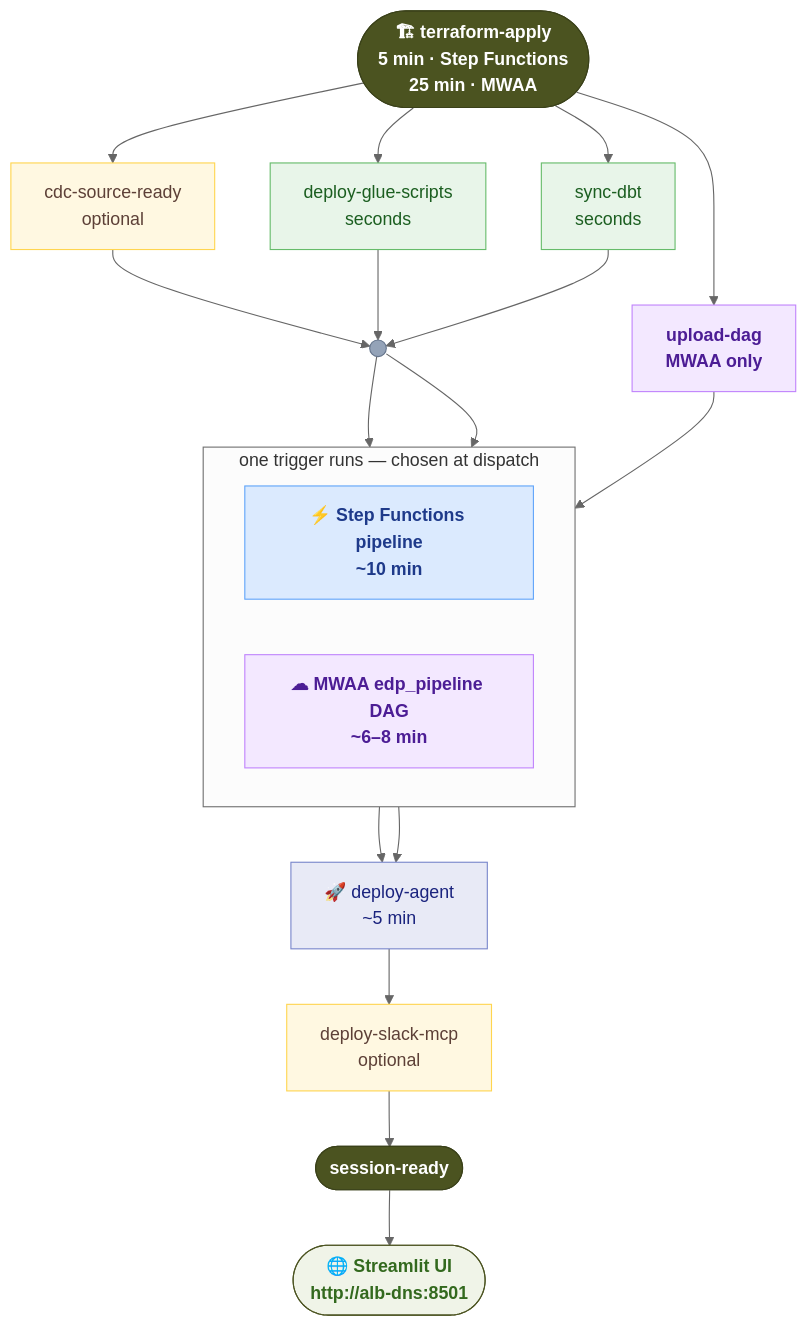
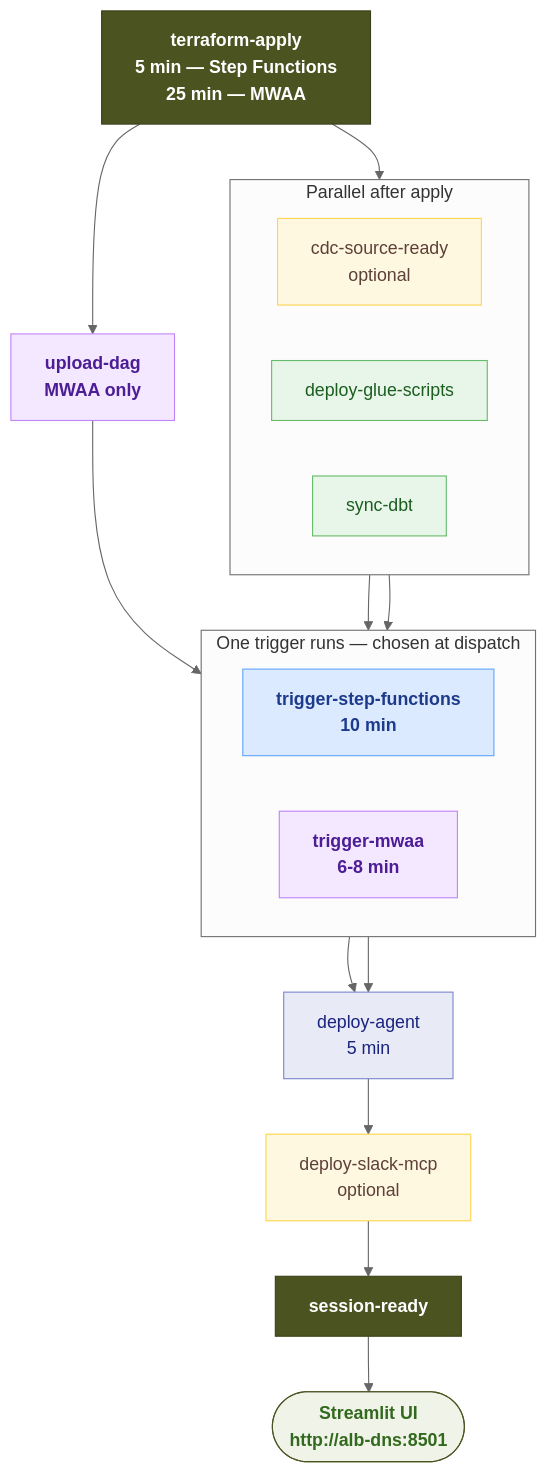
Before and after one commit to enterprise-data-platform-emeka/platform-session-orchestrator: the second of 4 diagrams in README.md, drawn with Mermaid (neutral theme).

Commit message:
docs: remove emojis from diagram, use subgraph boundaries to eliminate crossing arrows

````diff
--- a/README.md
+++ b/README.md
@@ -31,36 +31,41 @@
 ```mermaid
 flowchart TD
-    TF(["🏗 terraform-apply\n5 min · Step Functions\n25 min · MWAA"]):::infra
+    TF["terraform-apply\n5 min — Step Functions\n25 min — MWAA"]:::infra
 
-    TF --> CDC["cdc-source-ready\noptional"]:::opt
-    TF --> GLUE["deploy-glue-scripts\nseconds"]:::fast
-    TF --> DBT["sync-dbt\nseconds"]:::fast
-    TF --> DAG["upload-dag\nMWAA only"]:::mwaanode
+    subgraph PREP["Parallel after apply"]
+        direction LR
+        CDC["cdc-source-ready\noptional"]:::opt
+        GLUE["deploy-glue-scripts"]:::fast
+        DBT["sync-dbt"]:::fast
+    end
+    DAG["upload-dag\nMWAA only"]:::mwaanode
 
-    CDC & GLUE & DBT --> GATE(( )):::gate
+    TF --> PREP
+    TF --> DAG
 
-    subgraph CHOICE["one trigger runs — chosen at dispatch"]
+    subgraph CHOICE["One trigger runs — chosen at dispatch"]
         direction LR
-        SFN["⚡ Step Functions pipeline\n~10 min"]:::sfn
-        MWAA_T["☁ MWAA edp_pipeline DAG\n~6–8 min"]:::mwaanode
+        SFN["trigger-step-functions\n10 min"]:::sfn
+        MWAA_T["trigger-mwaa\n6-8 min"]:::mwaanode
     end
 
-    GATE --> SFN
-    GATE --> MWAA_T
+    PREP --> SFN
+    PREP --> MWAA_T
     DAG --> MWAA_T
 
-    SFN & MWAA_T --> AGENT["🚀 deploy-agent\n~5 min"]:::deploy
+    SFN --> AGENT["deploy-agent\n5 min"]:::deploy
+    MWAA_T --> AGENT
+
     AGENT --> SLACK["deploy-slack-mcp\noptional"]:::opt
-    SLACK --> READY(["session-ready"]):::ready
-    READY --> UI(["🌐 Streamlit UI\nhttp://alb-dns:8501"]):::ui
+    SLACK --> READY["session-ready"]:::ready
+    READY --> UI(["Streamlit UI\nhttp://alb-dns:8501"]):::ui
 
-    classDef infra  fill:#4B5320,stroke:#3a4119,color:#fff,font-weight:bold
-    classDef fast   fill:#e8f5e9,stroke:#66bb6a,color:#1b5e20
-    classDef opt    fill:#fff8e1,stroke:#ffd54f,color:#5d4037
-    classDef gate   fill:#94a3b8,stroke:#64748b,color:#fff
-    classDef sfn    fill:#dbeafe,stroke:#60a5fa,color:#1e3a8a,font-weight:bold
+    classDef infra   fill:#4B5320,stroke:#3a4119,color:#fff,font-weight:bold
+    classDef fast    fill:#e8f5e9,stroke:#66bb6a,color:#1b5e20
+    classDef opt     fill:#fff8e1,stroke:#ffd54f,color:#5d4037
+    classDef sfn     fill:#dbeafe,stroke:#60a5fa,color:#1e3a8a,font-weight:bold
     classDef mwaanode fill:#f3e8ff,stroke:#c084fc,color:#4c1d95,font-weight:bold
-    classDef deploy fill:#e8eaf6,stroke:#7986cb,color:#1a237e
-    classDef ready  fill:#4B5320,stroke:#3a4119,color:#fff,font-weight:bold
-    classDef ui     fill:#f0f4e8,stroke:#4B5320,color:#33691e,font-weight:bold
+    classDef deploy  fill:#e8eaf6,stroke:#7986cb,color:#1a237e
+    classDef ready   fill:#4B5320,stroke:#3a4119,color:#fff,font-weight:bold
+    classDef ui      fill:#f0f4e8,stroke:#4B5320,color:#33691e,font-weight:bold
 ```
````
